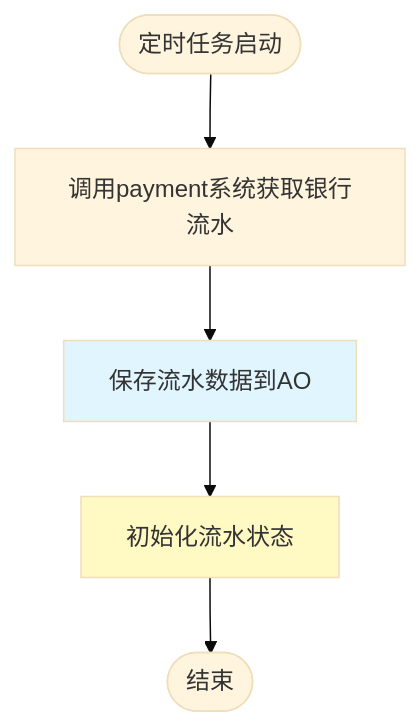
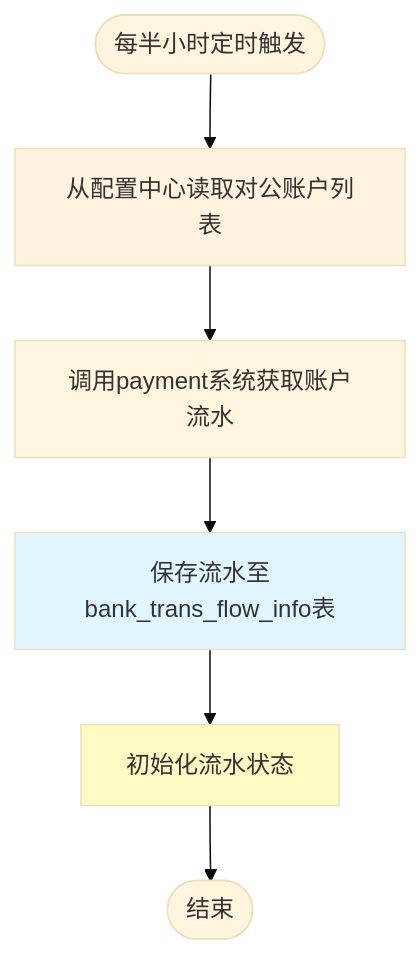
Before and after one commit to topson-cn/obsidian_note: the first of 10 diagrams in shuhe/workspace/accountingoperation/iteration/202502-法诉自动入账/功能模块清单.md, drawn with Mermaid (base theme). The commit also changed other lines of this file and 246 other files, not shown here.

````diff
--- a/shuhe/workspace/accountingoperation/iteration/202502-法诉自动入账/功能模块清单.md
+++ b/shuhe/workspace/accountingoperation/iteration/202502-法诉自动入账/功能模块清单.md
@@ -62,10 +64,12 @@
 ```mermaid
 flowchart TD
-    Start([定时任务启动]) --> Query[调用payment系统获取银行流水]
-    Query --> Save[保存流水数据到AO]
+    Start([每半小时定时触发]) --> ReadConfig[从配置中心读取对公账户列表]
+    ReadConfig --> Query[调用payment系统获取账户流水]
+    Query --> Save[保存流水至bank_trans_flow_info表]
     Save --> Init[初始化流水状态]
     Init --> End([结束])
 
+    style ReadConfig fill:#FFF3E0
     style Save fill:#E1F5FE
     style Init fill:#FFF9C4
 ```
````
